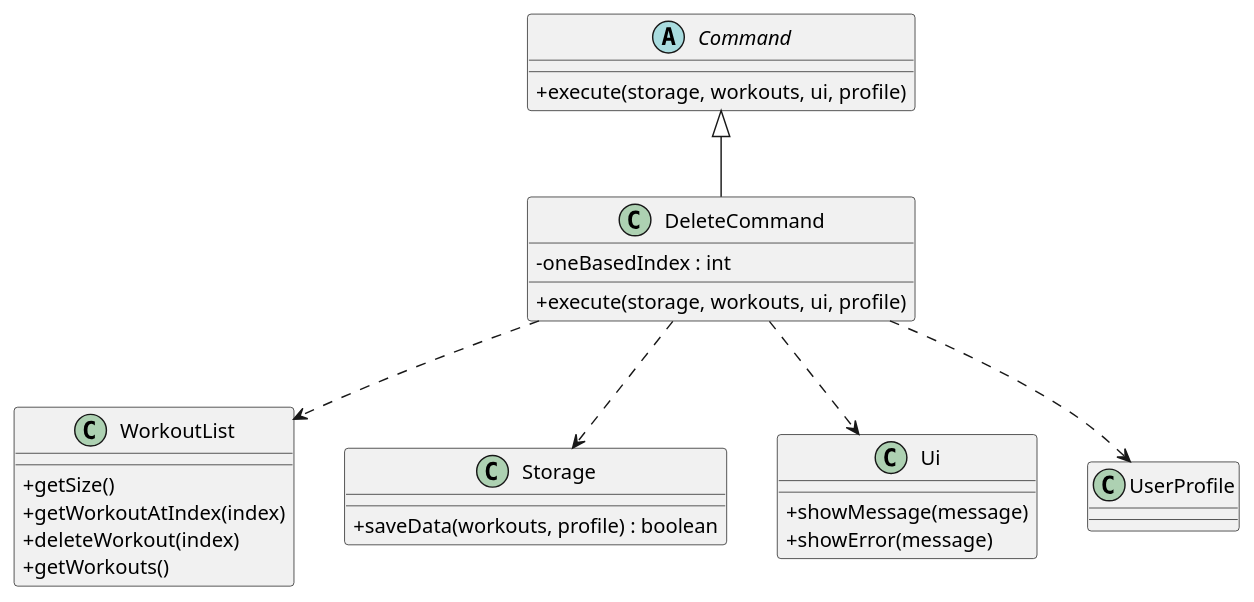
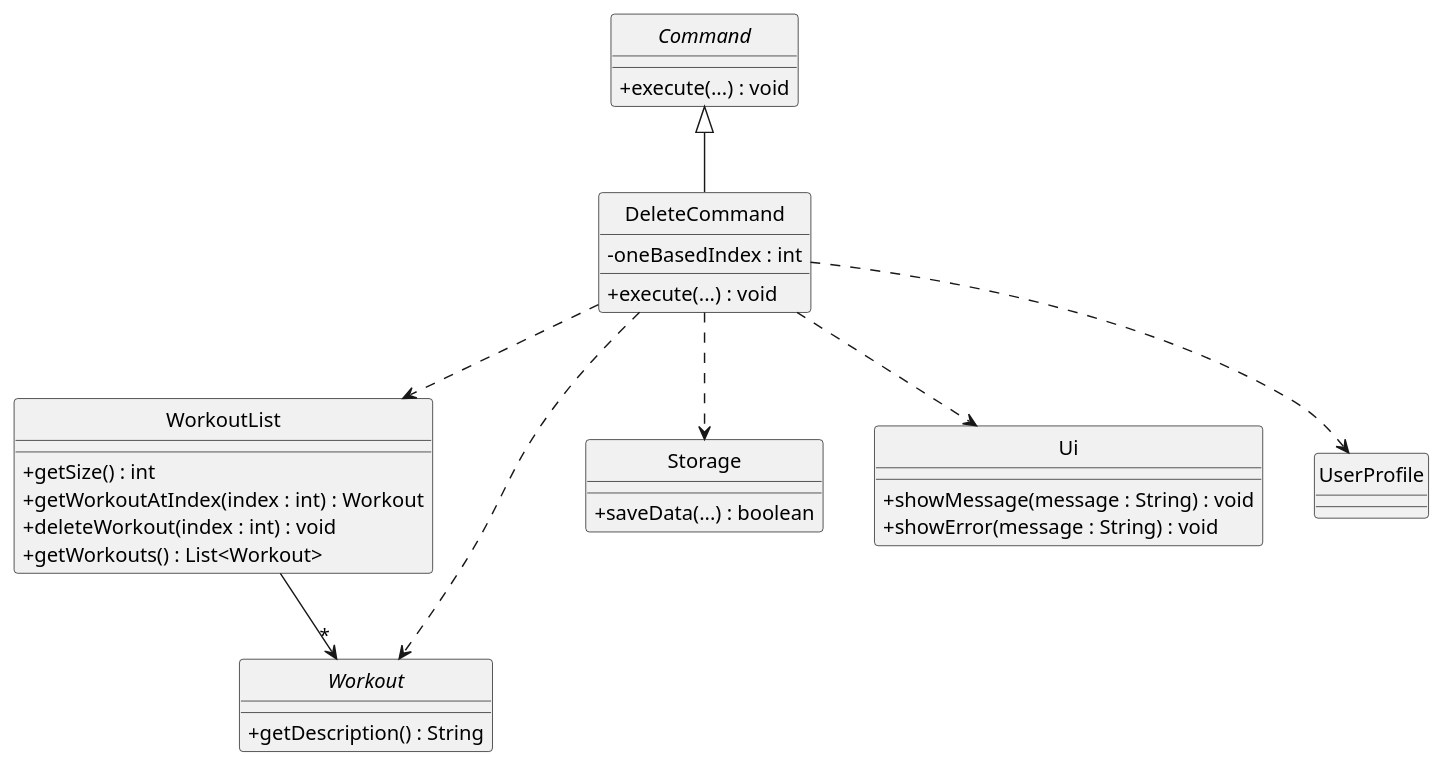
One commit to Daniel-czj/tp changed the diagram in docs/diagrams/DeleteCommandClassDiagram.puml. Above: the diagram before and after it, drawn with PlantUML. The commit also changed 25 other files, not shown here.

Commit message:
Fix bugs and update related docs/diagrams

```diff
--- a/docs/diagrams/DeleteCommandClassDiagram.puml
+++ b/docs/diagrams/DeleteCommandClassDiagram.puml
@@ -1,36 +1,43 @@
 @startuml
+hide circle
 skinparam classAttributeIconSize 0
 
 abstract class Command {
-	+execute(storage, workouts, ui, profile)
+	+execute(...) : void
 }
 
 class DeleteCommand {
 	-oneBasedIndex : int
-	+execute(storage, workouts, ui, profile)
+	+execute(...) : void
 }
 
 class WorkoutList {
-	+getSize()
-	+getWorkoutAtIndex(index)
-	+deleteWorkout(index)
-	+getWorkouts()
+	+getSize() : int
+	+getWorkoutAtIndex(index : int) : Workout
+	+deleteWorkout(index : int) : void
+	+getWorkouts() : List<Workout>
+}
+
+abstract class Workout {
+	+getDescription() : String
 }
 
 class Storage {
-	+saveData(workouts, profile) : boolean
+	+saveData(...) : boolean
 }
 
 class Ui {
-	+showMessage(message)
-	+showError(message)
+	+showMessage(message : String) : void
+	+showError(message : String) : void
 }
 
 class UserProfile
 
 Command <|-- DeleteCommand
 DeleteCommand ..> WorkoutList
+DeleteCommand ..> Workout
 DeleteCommand ..> Storage
 DeleteCommand ..> Ui
 DeleteCommand ..> UserProfile
+WorkoutList --> "*" Workout
 @enduml
```
